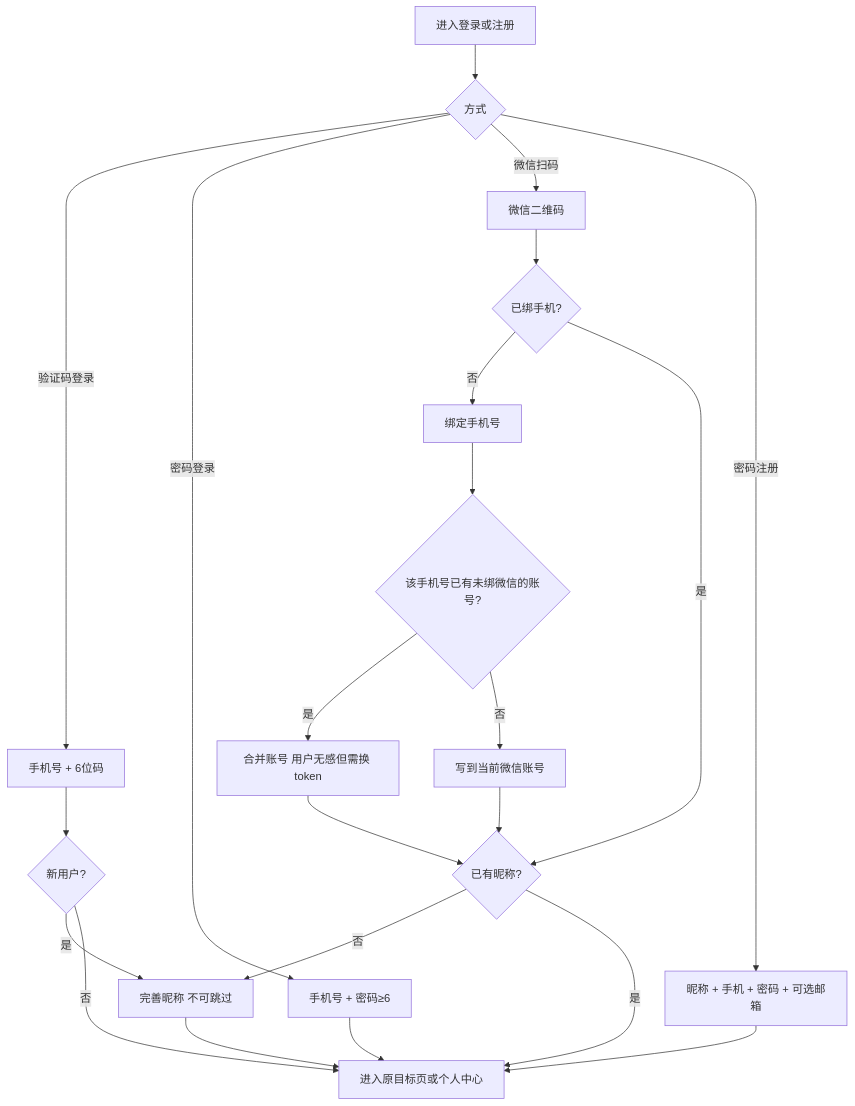
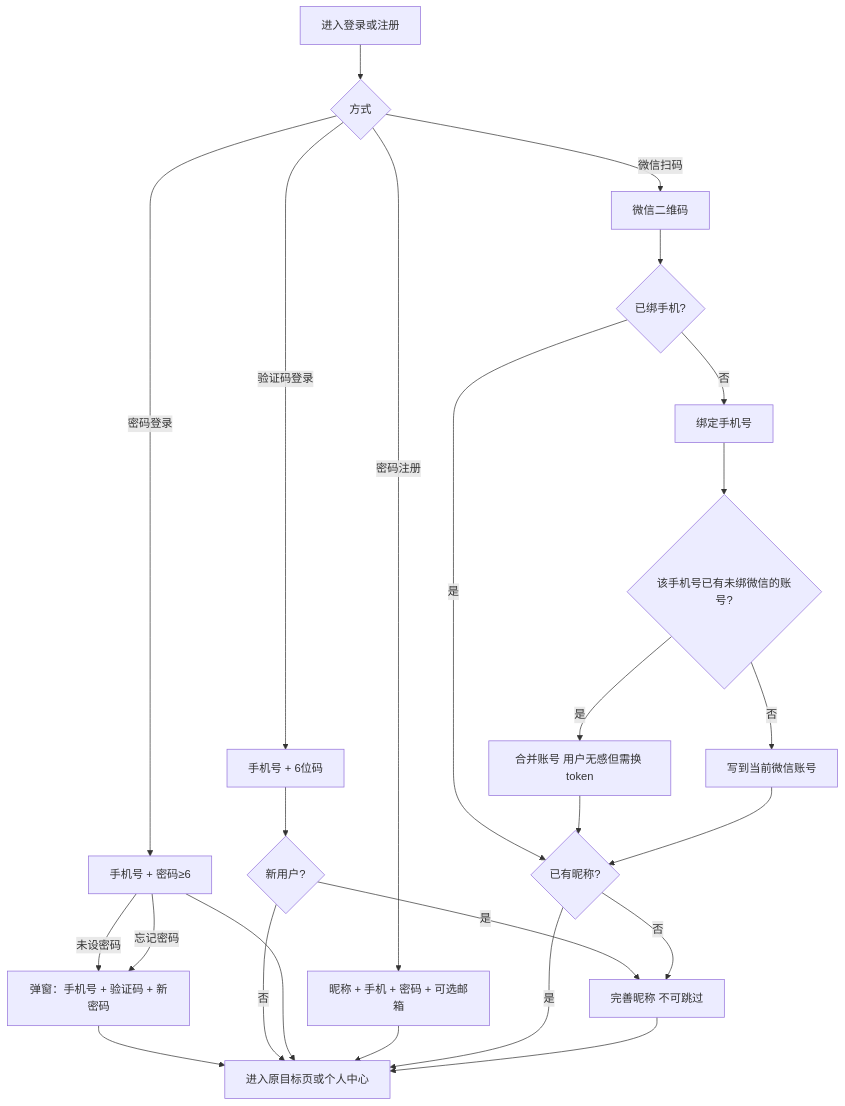
Before and after one commit to zach19970620-glitch/uniqmag-website: the second of 4 diagrams in docs/C端页面流程-设计师手册.md, drawn with Mermaid. The commit also changed other lines of this file and 6 other files, not shown here.

````diff
--- a/docs/C端页面流程-设计师手册.md
+++ b/docs/C端页面流程-设计师手册.md
@@ -201,25 +201,28 @@
 ```mermaid
 flowchart TD
   S[进入登录或注册] --> T{方式}
   T -->|验证码登录| U[手机号 + 6位码]
   T -->|密码登录| V[手机号 + 密码≥6]
   T -->|微信扫码| W[微信二维码]
   T -->|密码注册| X[昵称 + 手机 + 密码 + 可选邮箱]
+  V -->|未设密码| VA[弹窗：手机号 + 验证码 + 新密码]
+  V -->|忘记密码| VA
+  VA --> AA
 
   U --> Y{新用户?}
   Y -->|是| Z[完善昵称 不可跳过]
   Y -->|否| AA[进入原目标页或个人中心]
   V --> AA
   X --> AA
   W --> AB{已绑手机?}
   AB -->|否| AC[绑定手机号]
   AB -->|是| AD{已有昵称?}
   AC --> AE{该手机号已有未绑微信的账号?}
   AE -->|是| AF[合并账号 用户无感但需换 token]
   AE -->|否| AG[写到当前微信账号]
   AF --> AD
   AG --> AD
   AD -->|否| Z
   AD -->|是| AA
   Z --> AA
 ```
````
